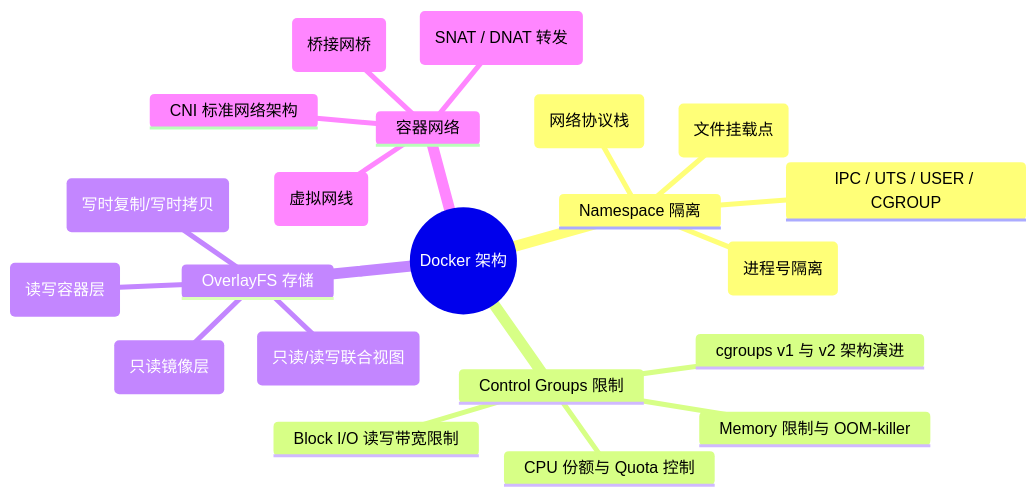
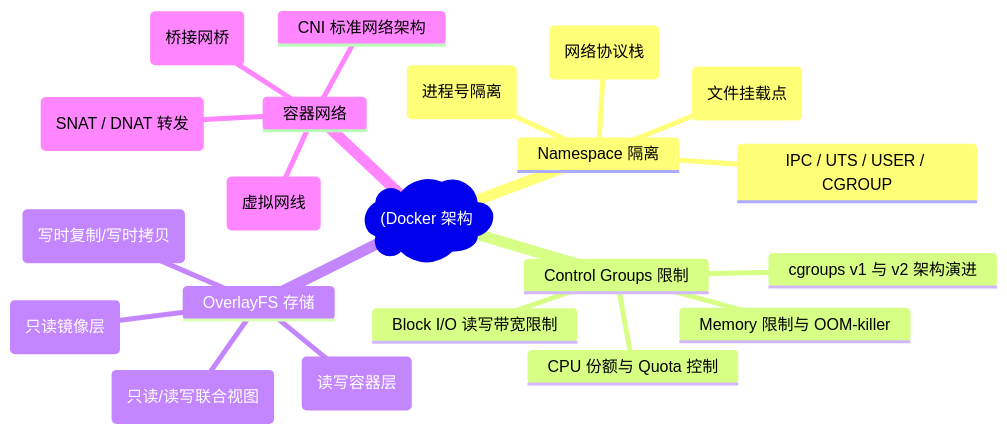
The first of 8 diagrams in docs/atlas/docker.mdx (koosai/AI-Architect-Learning), drawn with Mermaid before and after one commit. The commit also changed other lines of this file and 187 other files, not shown here.

Commit message:
fix(mermaid): fix all unquoted parens and edge label syntax errors across all docs

````diff
--- a/docs/atlas/docker.mdx
+++ b/docs/atlas/docker.mdx
@@ -81,24 +81,24 @@
 ```mermaid
 mindmap
-  root((Docker 架构))
+  root("(Docker 架构"))
     Namespace 隔离
       PID Namespace (进程号隔离)
       NET Namespace (网络协议栈)
       MNT Namespace (文件挂载点)
       IPC / UTS / USER / CGROUP
     Control Groups 限制
       CPU 份额与 Quota 控制
       Memory 限制与 OOM-killer
       Block I/O 读写带宽限制
       cgroups v1 与 v2 架构演进
     OverlayFS 存储
       lowerdir (只读镜像层)
       upperdir (读写容器层)
       merged (只读/读写联合视图)
       Copy-on-Write (写时复制/写时拷贝)
     容器网络
       docker0 Bridge (桥接网桥)
       veth-pair (虚拟网线)
       iptables (SNAT / DNAT 转发)
       CNI 标准网络架构
 ```
````
